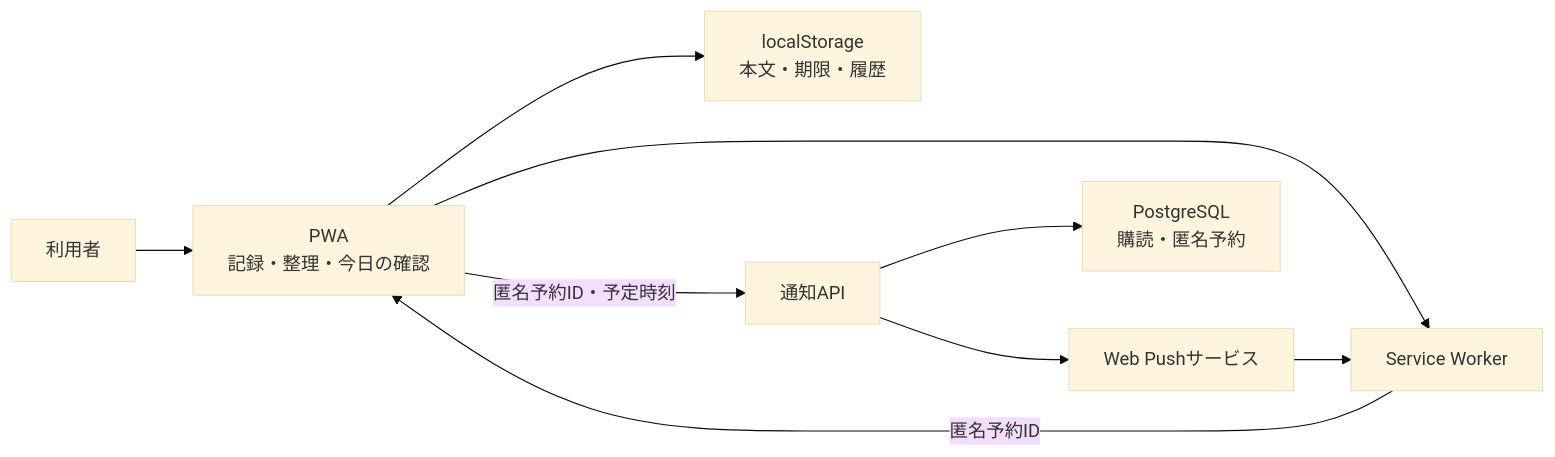
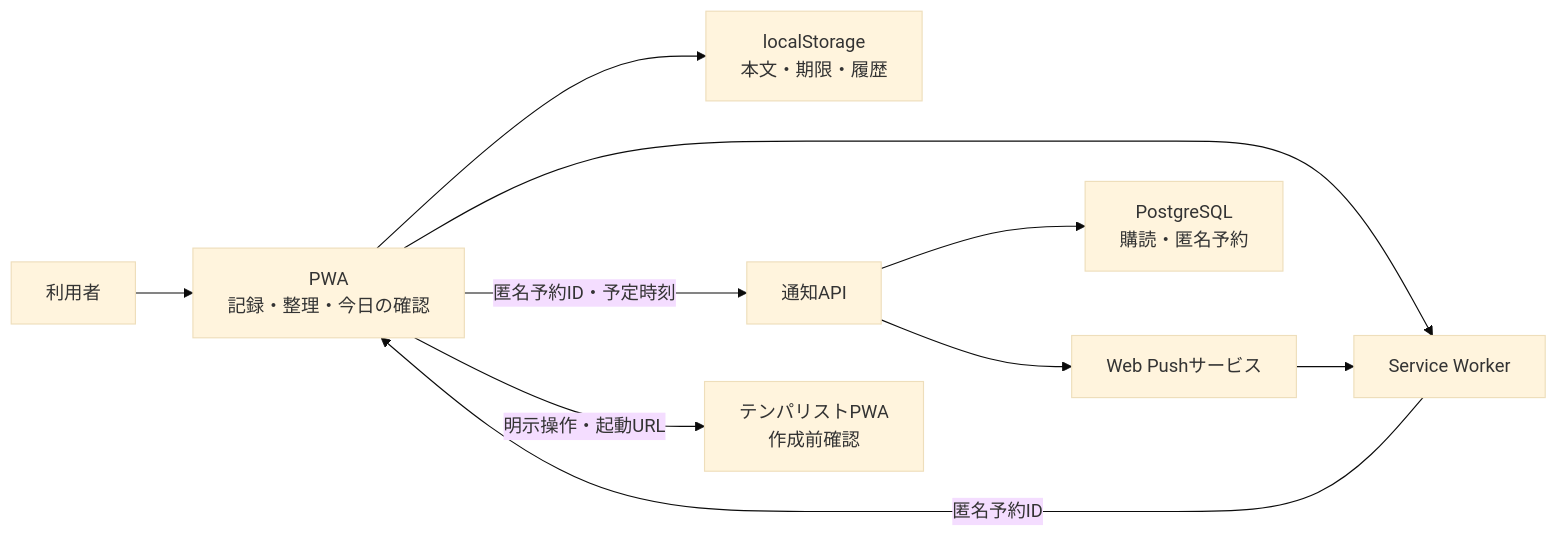
Before and after one commit to gerupon-lgtm/atoqueue: the diagram in 基本設計サマリ.md, drawn with Mermaid (base theme). The commit also changed other lines of this file and 9 other files, not shown here.

````diff
--- a/基本設計サマリ.md
+++ b/基本設計サマリ.md
@@ -17,11 +19,12 @@
 ```mermaid
 flowchart LR
   U["利用者"] --> PWA["PWA<br/>記録・整理・今日の確認"]
   PWA --> LS["localStorage<br/>本文・期限・履歴"]
   PWA --> SW["Service Worker"]
   PWA -->|"匿名予約ID・予定時刻"| API["通知API"]
+  PWA -->|"明示操作・起動URL"| TEMP["テンパリストPWA<br/>作成前確認"]
   API --> DB["PostgreSQL<br/>購読・匿名予約"]
   API --> PUSH["Web Pushサービス"]
   PUSH --> SW
   SW -->|"匿名予約ID"| PWA
 ```
````
